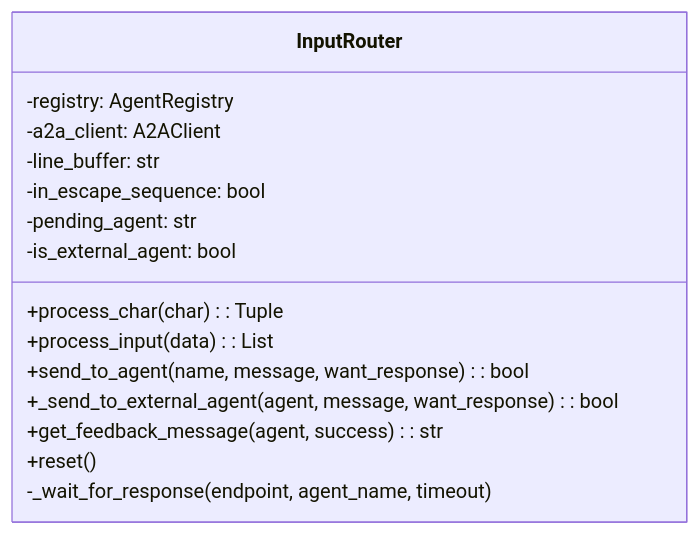
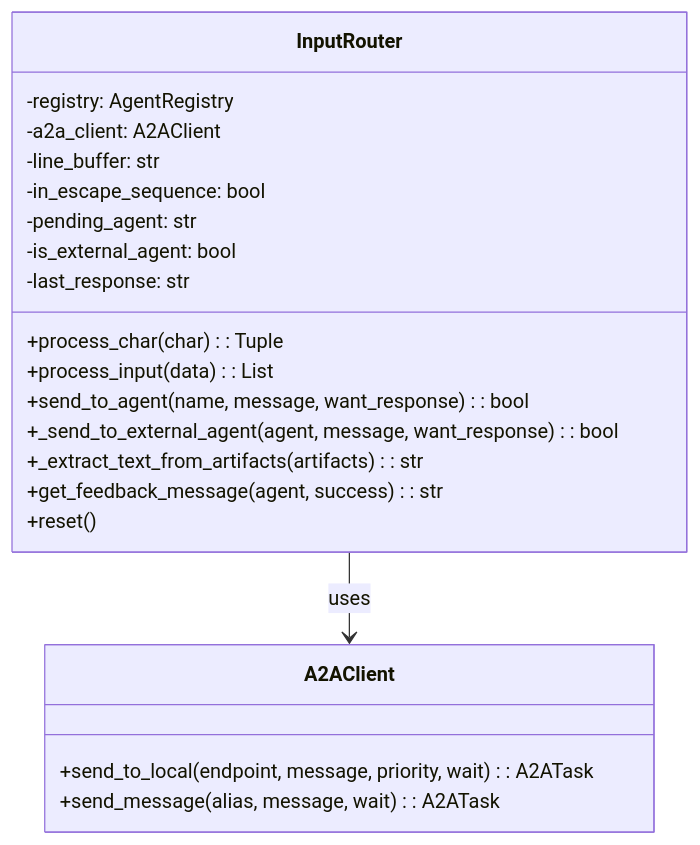
Before and after one commit to s-hiraoku/synapse-a2a: the fourth of 18 diagrams in guides/architecture.md, drawn with Mermaid. The commit also changed other lines of this file and 4 other files, not shown here.

````diff
--- a/guides/architecture.md
+++ b/guides/architecture.md
@@ -119,18 +129,26 @@
 ```mermaid
 classDiagram
     class InputRouter {
         -registry: AgentRegistry
         -a2a_client: A2AClient
         -line_buffer: str
         -in_escape_sequence: bool
         -pending_agent: str
         -is_external_agent: bool
+        -last_response: str
         +process_char(char): Tuple
         +process_input(data): List
         +send_to_agent(name, message, want_response): bool
         +_send_to_external_agent(agent, message, want_response): bool
+        +_extract_text_from_artifacts(artifacts): str
         +get_feedback_message(agent, success): str
         +reset()
-        -_wait_for_response(endpoint, agent_name, timeout)
     }
+
+    class A2AClient {
+        +send_to_local(endpoint, message, priority, wait): A2ATask
+        +send_message(alias, message, wait): A2ATask
+    }
+
+    InputRouter --> A2AClient : uses
 ```
````
